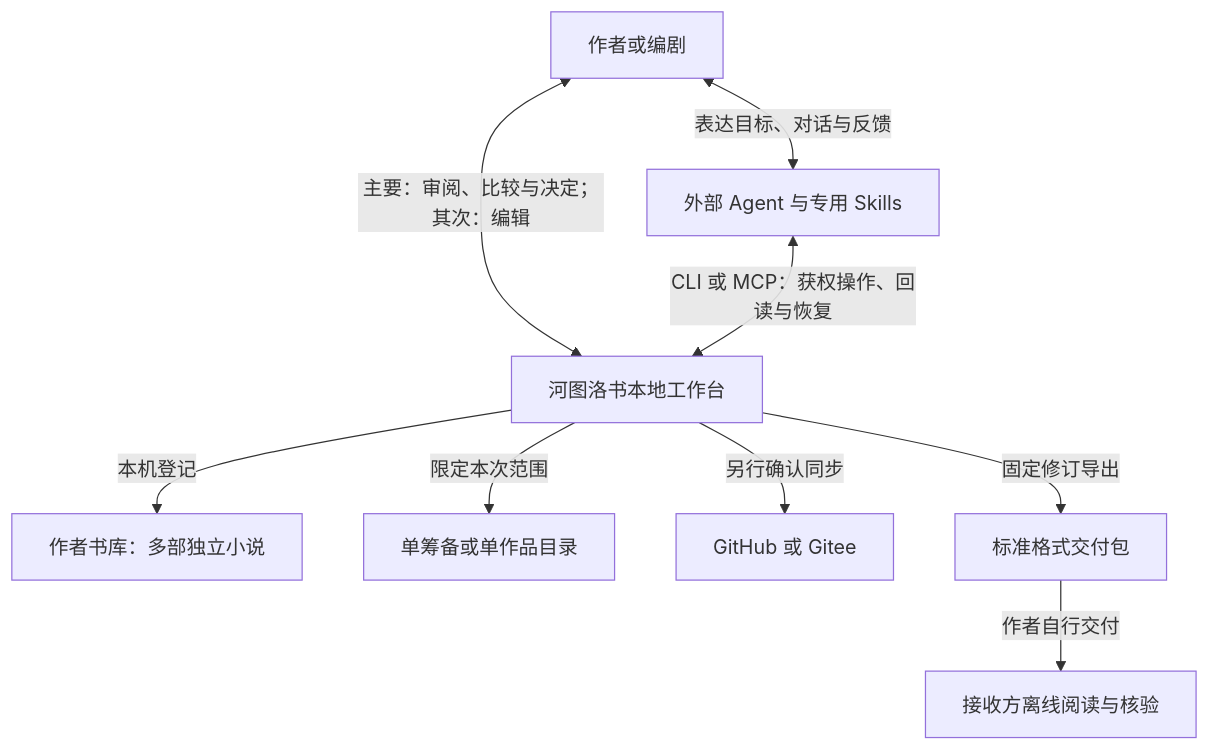
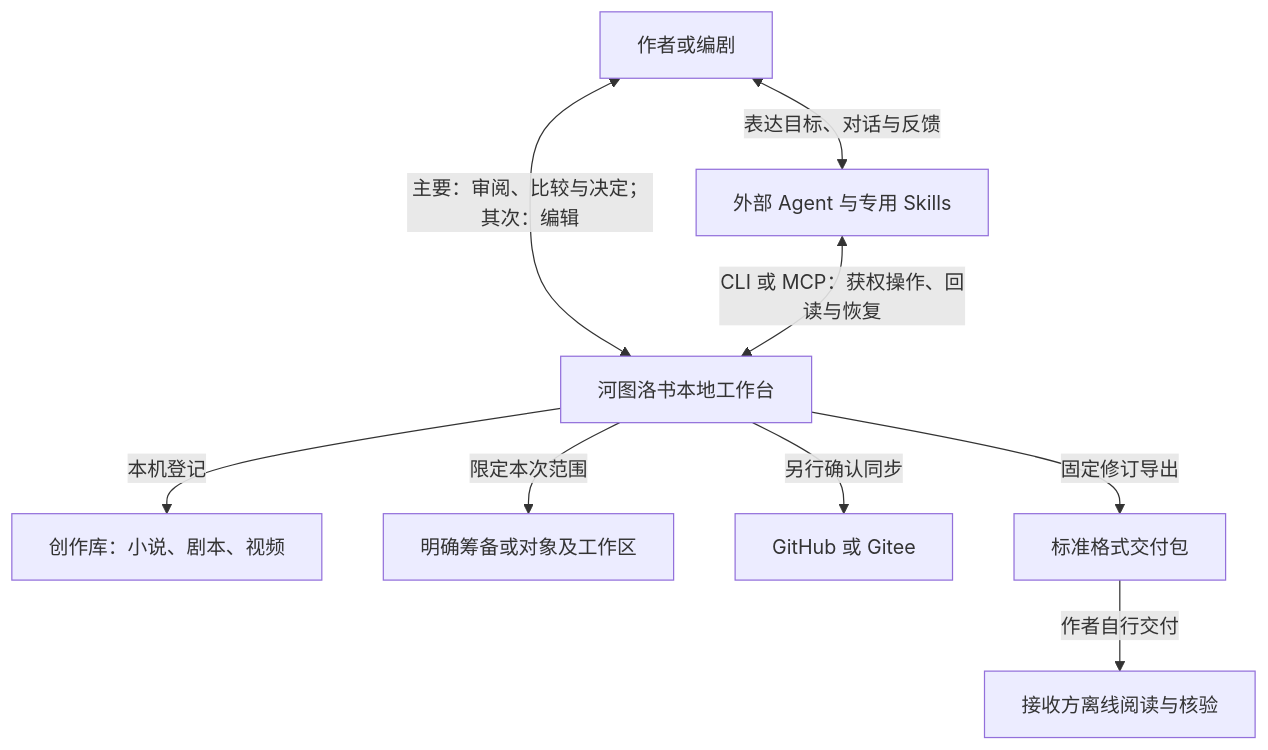
Before and after one commit to limecloud/hetu: the first of 54 diagrams in docs/23-业务流程与MCP时序.md, drawn with Mermaid. The commit also changed other lines of this file and 798 other files, not shown here.

````diff
--- a/docs/23-业务流程与MCP时序.md
+++ b/docs/23-业务流程与MCP时序.md
@@ -28,11 +29,11 @@
 ```mermaid
 flowchart TB
     author["作者或编剧"] <-->|"主要：审阅、比较与决定；其次：编辑"| hetu["河图洛书本地工作台"]
     author <-->|"表达目标、对话与反馈"| host["外部 Agent 与专用 Skills"]
     host <-->|"CLI 或 MCP：获权操作、回读与恢复"| hetu
-    hetu -->|"本机登记"| library["作者书库：多部独立小说"]
-    hetu -->|"限定本次范围"| content["单筹备或单作品目录"]
+    hetu -->|"本机登记"| library["创作库：小说、剧本、视频"]
+    hetu -->|"限定本次范围"| content["明确筹备或对象及工作区"]
     hetu -->|"另行确认同步"| remote["GitHub 或 Gitee"]
     hetu -->|"固定修订导出"| bundle["标准格式交付包"]
     bundle -->|"作者自行交付"| recipient["接收方离线阅读与核验"]
 ```
````
